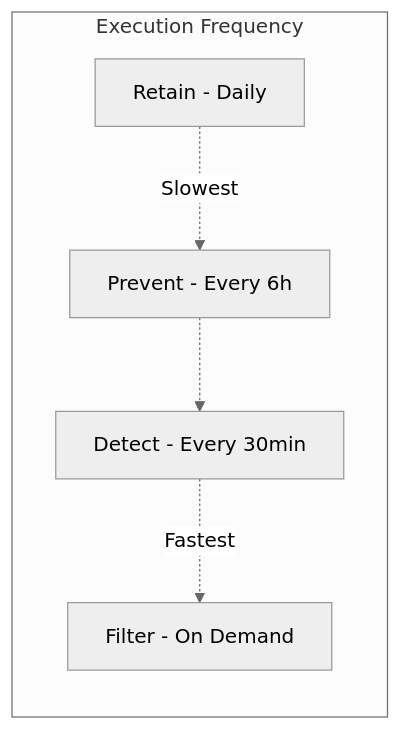
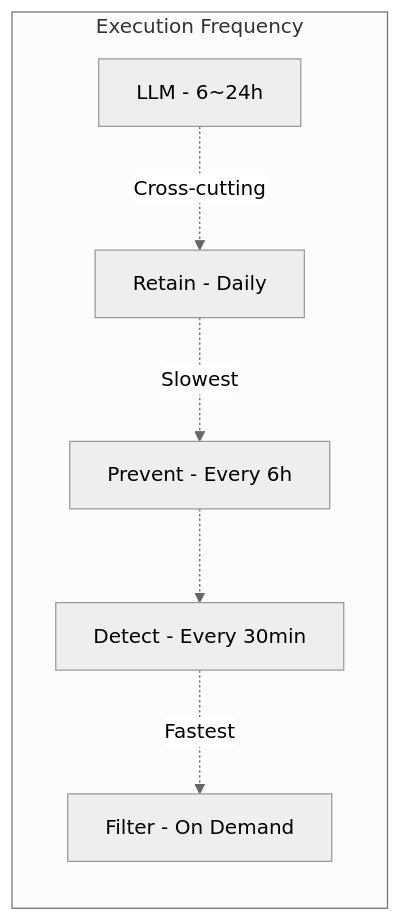
Before and after one commit to chjcmy/study: diagram 26 of 26 in azure/projects/log-doctor-plan.md, drawn with Mermaid (neutral theme). The commit also changed other lines of this file, not shown here.

````diff
--- a/azure/projects/log-doctor-plan.md
+++ b/azure/projects/log-doctor-plan.md
@@ -824,13 +1059,15 @@
 ```mermaid
 graph LR
     subgraph Execution Frequency
         R["Retain - Daily"]
         P["Prevent - Every 6h"]
         D["Detect - Every 30min"]
         F["Filter - On Demand"]
+        L["LLM - 6~24h"]
     end
 
     R -.->|Slowest| P
     P -.-> D
     D -.->|Fastest| F
+    L -.->|Cross-cutting| R
 ```
````
